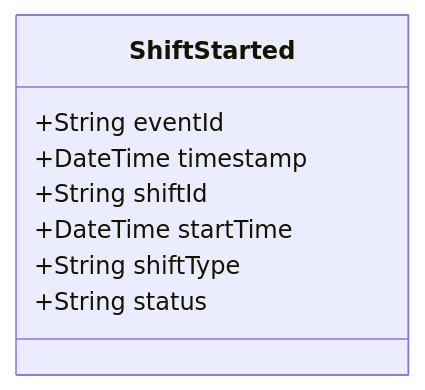
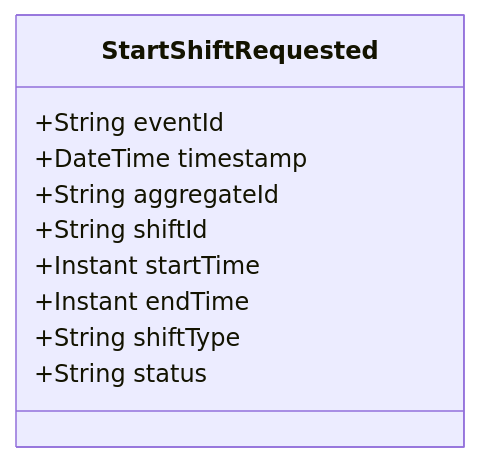
The diagram in doc/events/ShiftStarted.md (pgraff/police-system), drawn with Mermaid before and after one commit. The commit also changed other lines of this file and 58 other files, not shown here.

````diff
--- a/doc/events/ShiftStarted.md
+++ b/doc/events/ShiftStarted.md
@@ -9,11 +9,13 @@
 ```mermaid
 classDiagram
-    class ShiftStarted {
+    class StartShiftRequested {
         +String eventId
         +DateTime timestamp
+        +String aggregateId
         +String shiftId
-        +DateTime startTime
+        +Instant startTime
+        +Instant endTime
         +String shiftType
         +String status
     }
 ```
````
